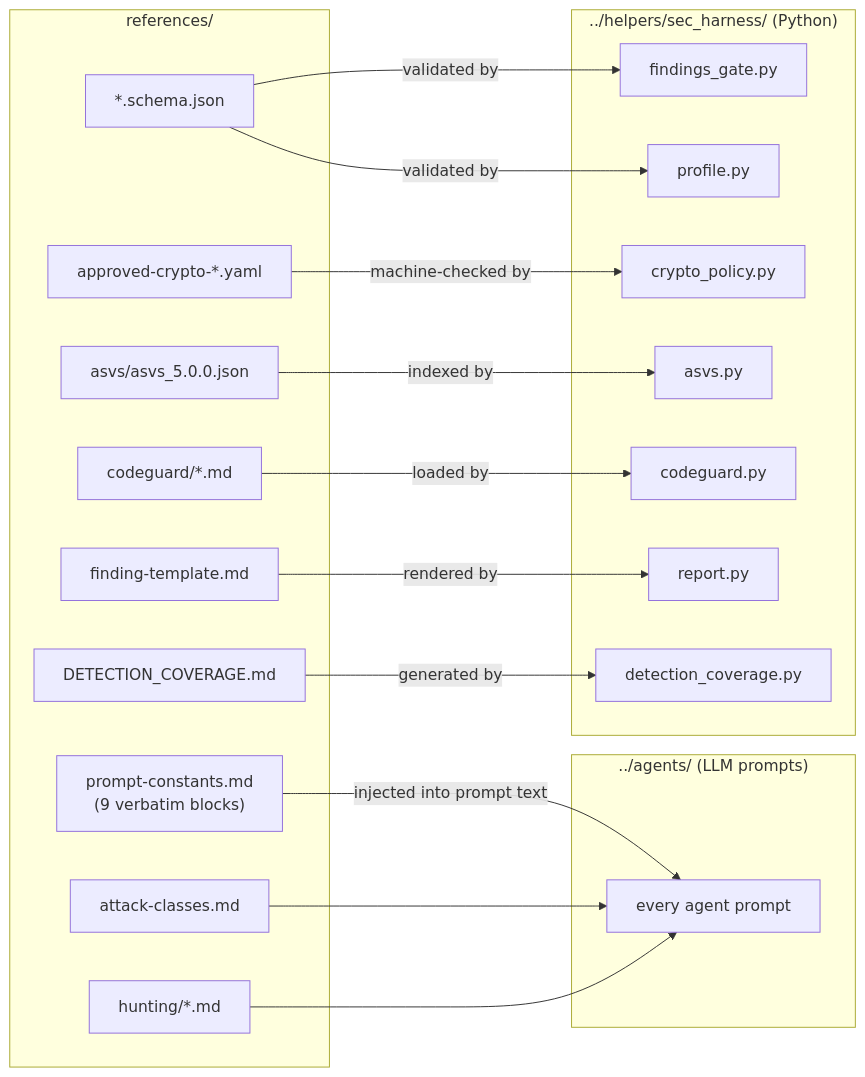
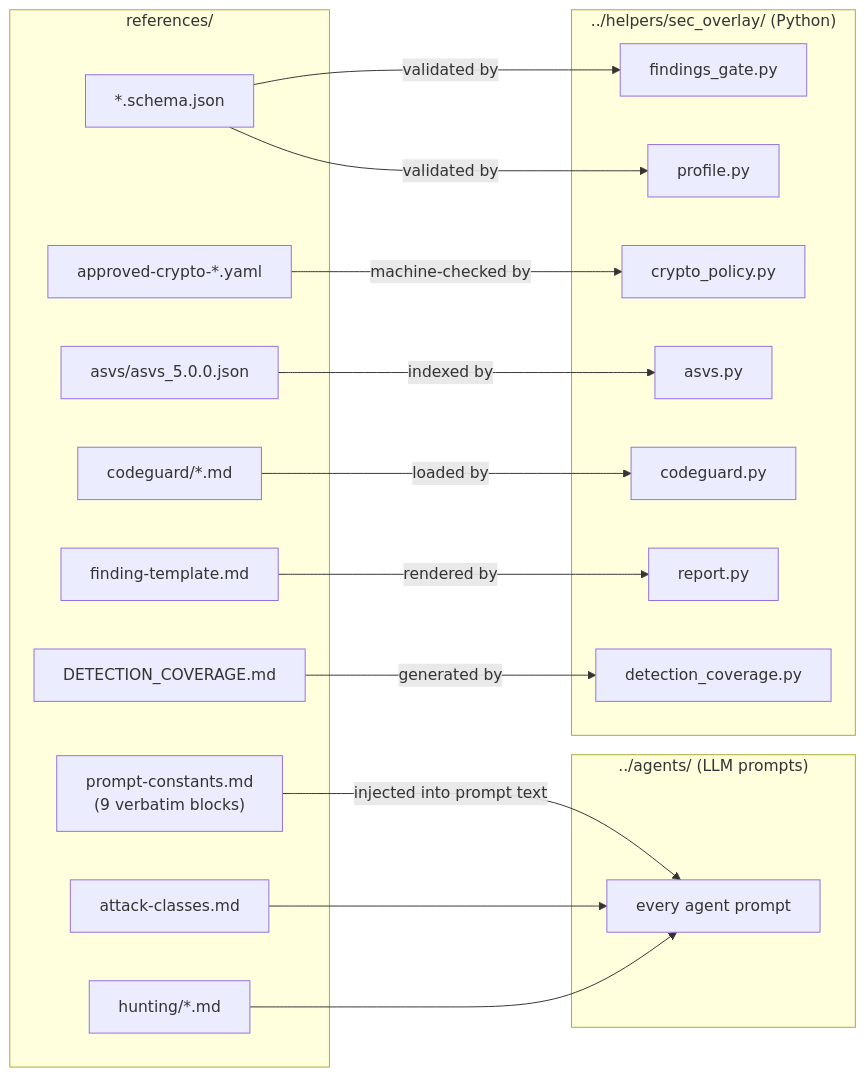
The first of 2 diagrams in plugins/sec-overlay/skills/sec-overlay/references/README.md (cjbischoff/cjbischoff-claude-code-tools), drawn with Mermaid before and after one commit. The commit also changed other lines of this file and 289 other files, not shown here.

Commit message:
feat(sec-overlay): rename identifiers to sec-overlay

````diff
--- a/plugins/sec-overlay/skills/sec-overlay/references/README.md
+++ b/plugins/sec-overlay/skills/sec-overlay/references/README.md
@@ -34,39 +34,39 @@
 ```mermaid
 flowchart LR
     subgraph REF["references/"]
         PC["prompt-constants.md<br/>(9 verbatim blocks)"]
         AC["attack-classes.md"]
         FT["finding-template.md"]
         HUNT["hunting/*.md"]
         CG["codeguard/*.md"]
         ASVS["asvs/asvs_5.0.0.json"]
         CRYPTO["approved-crypto-*.yaml"]
         SCHEMA["*.schema.json"]
         DC["DETECTION_COVERAGE.md"]
     end
 
     subgraph AGENTS["../agents/ (LLM prompts)"]
         A["every agent prompt"]
     end
 
-    subgraph HELPERS["../helpers/sec_harness/ (Python)"]
+    subgraph HELPERS["../helpers/sec_overlay/ (Python)"]
         FG["findings_gate.py"]
         PROF["profile.py"]
         CP["crypto_policy.py"]
         ASVSPY["asvs.py"]
         CGPY["codeguard.py"]
         REP["report.py"]
         DCPY["detection_coverage.py"]
     end
 
     PC -->|"injected into prompt text"| A
     AC --> A
     HUNT --> A
     FT -->|"rendered by"| REP
     SCHEMA -->|"validated by"| FG
     SCHEMA -->|"validated by"| PROF
     CRYPTO -->|"machine-checked by"| CP
     ASVS -->|"indexed by"| ASVSPY
     CG -->|"loaded by"| CGPY
     DC -->|"generated by"| DCPY
 ```
````
